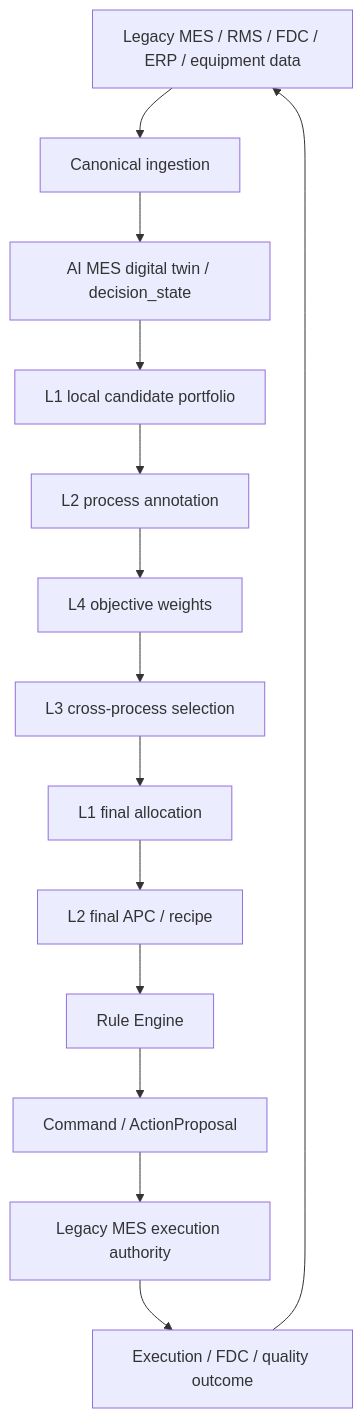
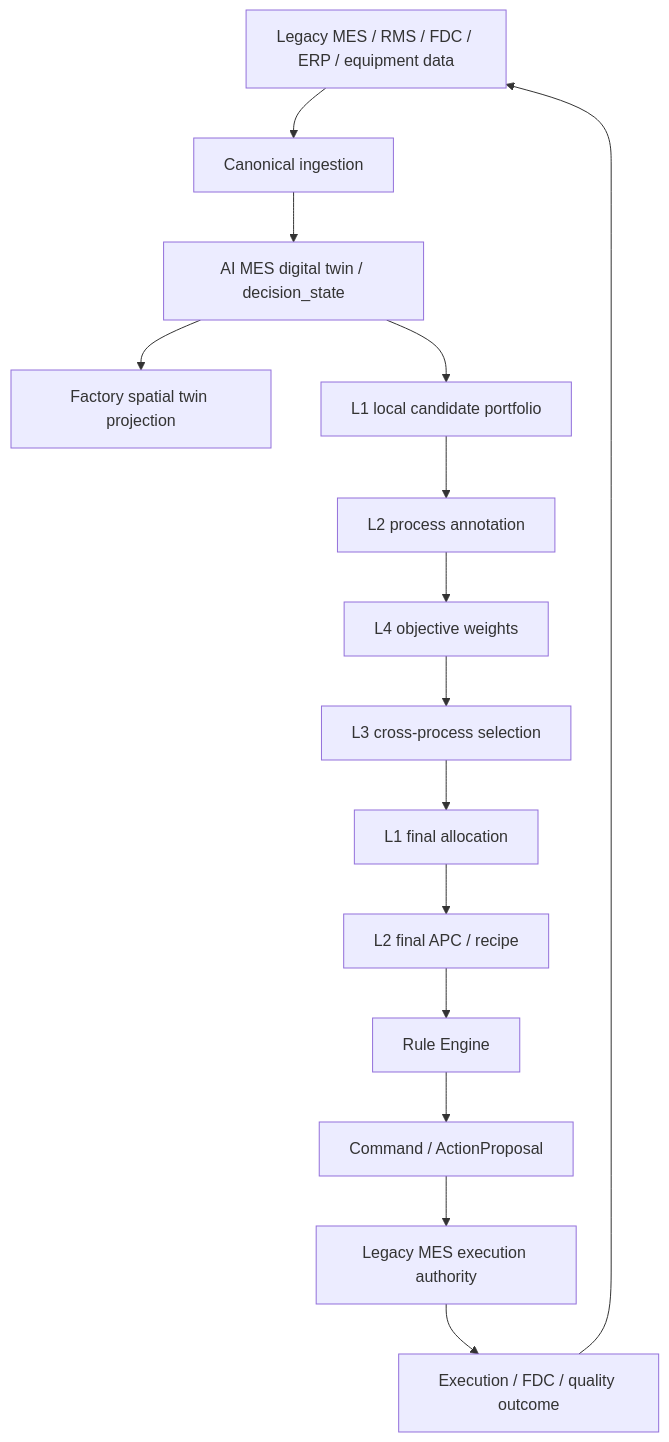
The diagram in docs/ai-mes/00_INDEX.md (hongseong0314/batch_scheduling_sim), drawn with Mermaid before and after one commit. The commit also changed other lines of this file and 13 other files, not shown here.

Commit message:
docs: update ai mes factory twin guidance

````diff
--- a/docs/ai-mes/00_INDEX.md
+++ b/docs/ai-mes/00_INDEX.md
@@ -32,16 +32,17 @@
 ```mermaid
 flowchart TD
   Sources["Legacy MES / RMS / FDC / ERP / equipment data"] --> Ingest["Canonical ingestion"]
   Ingest --> Twin["AI MES digital twin / decision_state"]
+  Twin --> Spatial["Factory spatial twin projection"]
   Twin --> L1["L1 local candidate portfolio"]
   L1 --> L2["L2 process annotation"]
   L2 --> L4["L4 objective weights"]
   L4 --> L3["L3 cross-process selection"]
   L3 --> FinalL1["L1 final allocation"]
   FinalL1 --> FinalL2["L2 final APC / recipe"]
   FinalL2 --> Rule["Rule Engine"]
   Rule --> Proposal["Command / ActionProposal"]
   Proposal --> Legacy["Legacy MES execution authority"]
   Legacy --> Outcome["Execution / FDC / quality outcome"]
   Outcome --> Sources
 ```
````
